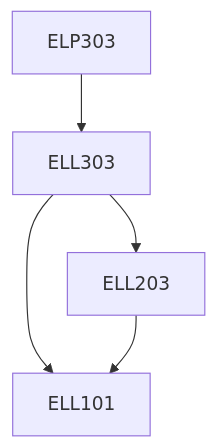
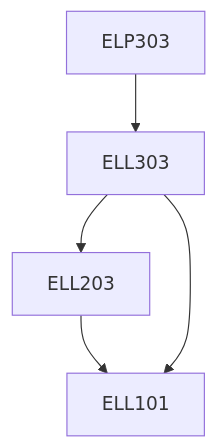
The diagram in content/Electrical Engineering/ELP303.md (KeshavBansal0122/CoS_Website), drawn with Mermaid before and after one commit. The commit also changed other lines of this file and 2667 other files, not shown here.

````diff
--- a/content/Electrical Engineering/ELP303.md
+++ b/content/Electrical Engineering/ELP303.md
@@ -15,7 +13,11 @@
 ```mermaid
-graph TD
-ELP303 --> ELL303
-ELL303 --> ELL101
-ELL303 --> ELL203
-ELL203 --> ELL101
+flowchart TD
+ELP303-384[ELP303]
+ELP303-384 --> ELL303-384[ELL303]
+ELL203-384 --> ELL101-384[ELL101]
+ELL303-384 --> ELL203-384[ELL203]
+ELL303-384 --> ELL101-384[ELL101]
+
+classDef empty height:17px, fill:transparent, stroke:transparent;
+classDef trueEmpty height:0px, width:0px;
 ```
````
